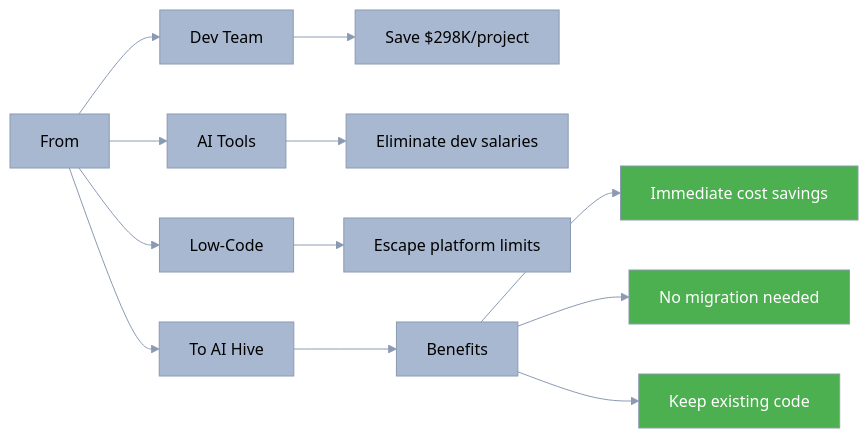
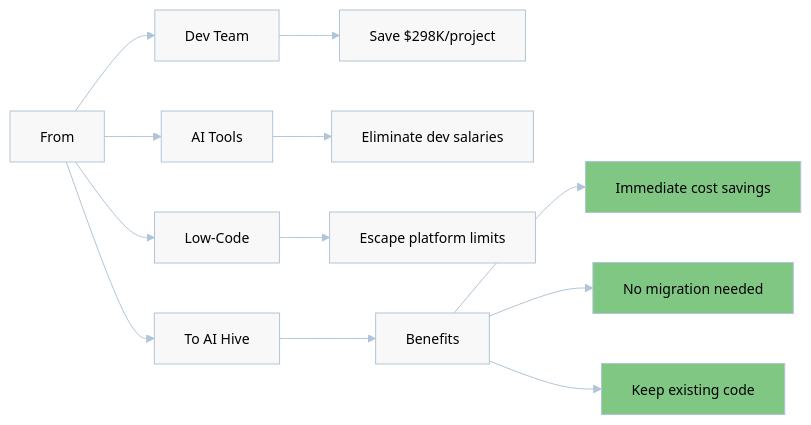
Diagram 14 of 18 in business-documents/competitive-positioning/06-go-to-market-positioning.md (o2alexanderfedin/AI-Hive-Business-Docs), drawn with Mermaid before and after one commit. The commit also changed other lines of this file, not shown here.

First line of the commit message:
Update go-to-market positioning diagrams to lighter color scheme

````diff
--- a/business-documents/competitive-positioning/06-go-to-market-positioning.md
+++ b/business-documents/competitive-positioning/06-go-to-market-positioning.md
@@ -774,33 +852,39 @@
 ```mermaid
 %%{init: {
   'theme': 'base',
   'themeVariables': {
-    'primaryColor': '#A8B8D0',
+    'primaryColor': '#E0E8F0',
     'primaryTextColor': '#000000',
-    'primaryBorderColor': '#8A9AB2',
-    'lineColor': '#8A9AB2',
-    'secondaryColor': '#5DBCB6',
-    'tertiaryColor': '#84D4F5',
-    'background': '#F5F5F5'
+    'primaryBorderColor': '#B0C5D8',
+    'lineColor': '#B0C5D8',
+    'secondaryColor': '#D5E8E0',
+    'tertiaryColor': '#E0F0F8',
+    'background': '#FFFFFF',
+    'mainBkg': '#F8F8F8',
+    'secondBkg': '#F0F0F0',
+    'darkMode': false,
+    'fontFamily': 'Arial, sans-serif',
+    'fontSize': '14px',
+    'textColor': '#000000'
   }
 }}%%
 graph LR
     A[From] --> B[To AI Hive]
 
     A --> C[Dev Team]
     A --> D[AI Tools]
     A --> E[Low-Code]
 
     C --> C1[Save $298K/project]
     D --> D1[Eliminate dev salaries]
     E --> E1[Escape platform limits]
 
     B --> F[Benefits]
     F --> F1[Immediate cost savings]
     F --> F2[No migration needed]
     F --> F3[Keep existing code]
 
-    style F1 fill:#4CAF50,color:#fff
-    style F2 fill:#4CAF50,color:#fff
-    style F3 fill:#4CAF50,color:#fff
+    style F1 fill:#81C784,color:#000000
+    style F2 fill:#81C784,color:#000000
+    style F3 fill:#81C784,color:#000000
 ```
````
